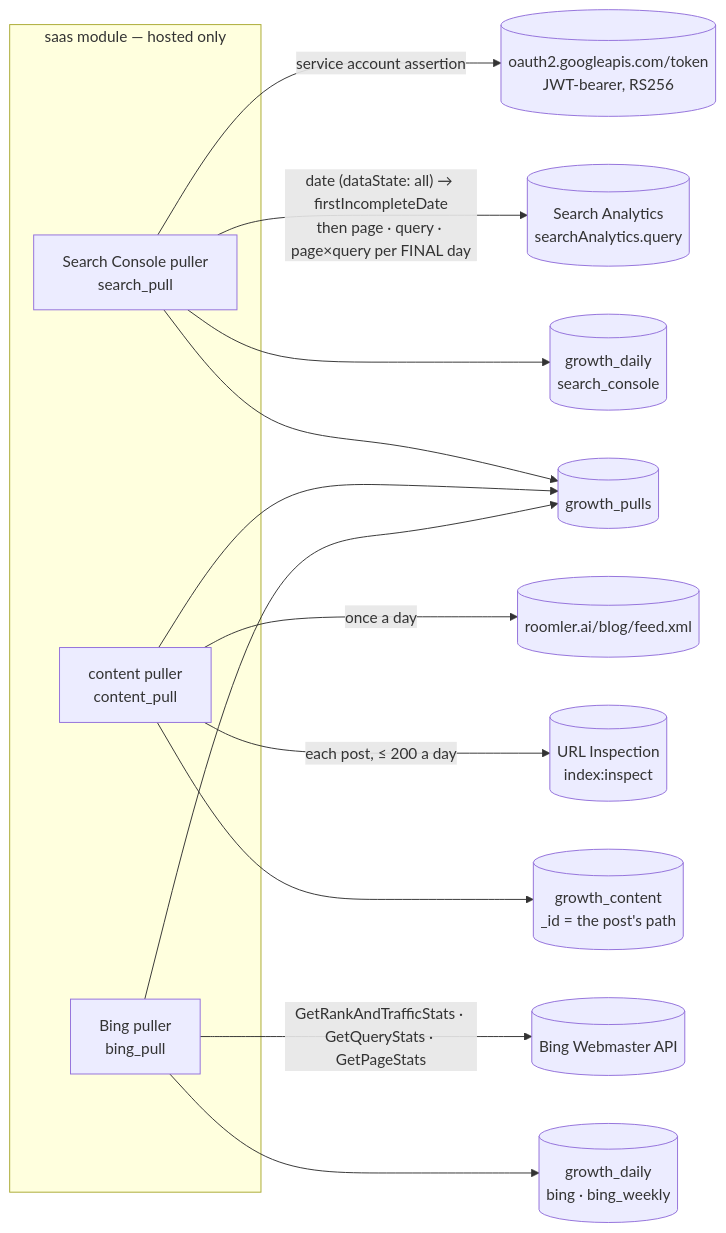
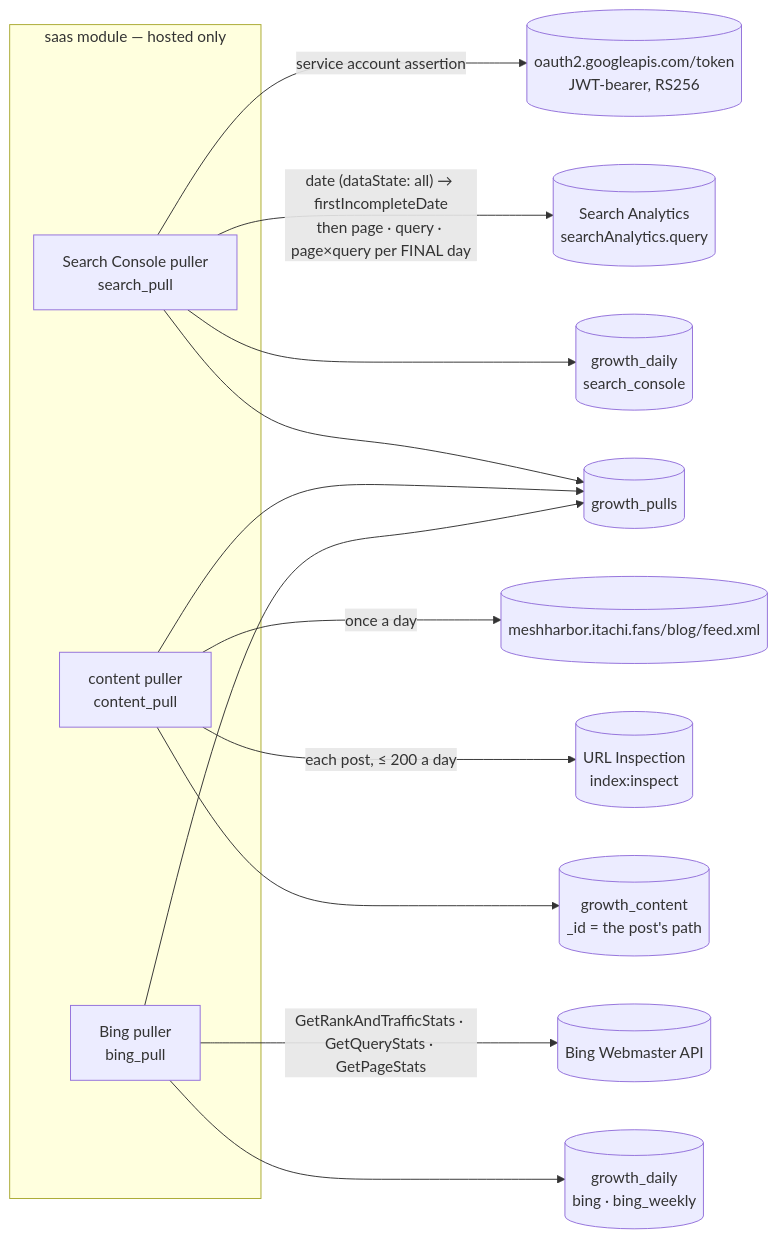
Diagram 12 of 20 in docs/growth-observability.md (jk-zhang-meta/MeshHarbor), drawn with Mermaid before and after one commit. The commit also changed other lines of this file and 682 other files, not shown here.

````diff
--- a/docs/growth-observability.md
+++ b/docs/growth-observability.md
@@ -1052,22 +1052,22 @@
 ```mermaid
 flowchart LR
   subgraph saas["saas module — hosted only"]
     SP["Search Console puller<br/>search_pull"]
     CP["content puller<br/>content_pull"]
     BP["Bing puller<br/>bing_pull"]
   end
   TOK[("oauth2.googleapis.com/token<br/>JWT-bearer, RS256")]
   SC[("Search Analytics<br/>searchAnalytics.query")]
   UI[("URL Inspection<br/>index:inspect")]
-  FEED[("roomler.ai/blog/feed.xml")]
+  FEED[("meshharbor.itachi.fans/blog/feed.xml")]
   BING[("Bing Webmaster API")]
   SP -->|"service account assertion"| TOK
   SP -->|"date (dataState: all) → firstIncompleteDate<br/>then page · query · page×query per FINAL day"| SC
   CP -->|"once a day"| FEED
   CP -->|"each post, ≤ 200 a day"| UI
   BP -->|"GetRankAndTrafficStats · GetQueryStats · GetPageStats"| BING
   SP --> GD[("growth_daily<br/>search_console")]
   BP --> GD2[("growth_daily<br/>bing · bing_weekly")]
   CP --> GC[("growth_content<br/>_id = the post's path")]
   SP & CP & BP --> GPU[("growth_pulls")]
 ```
````
